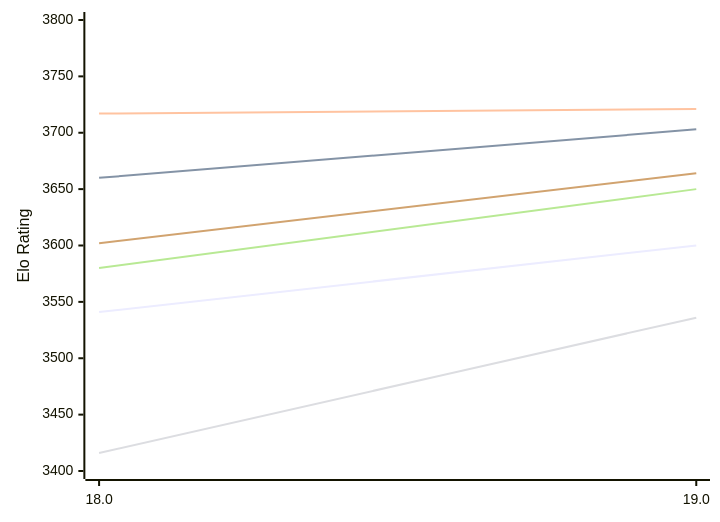
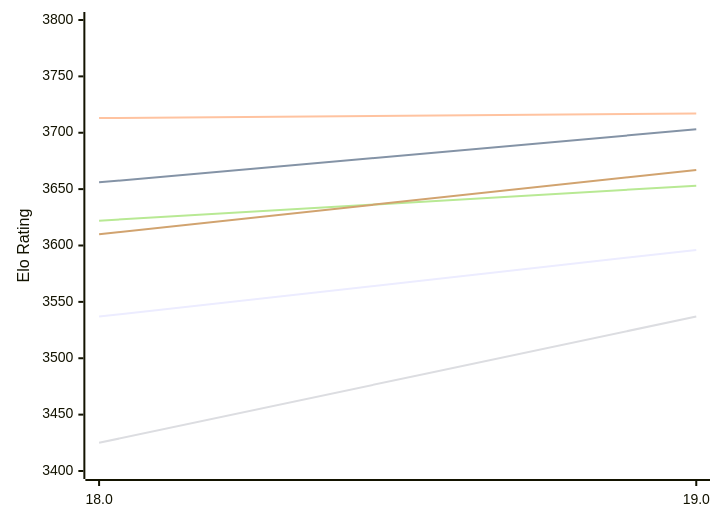
The first of 2 diagrams in engines/Stockfish.md (computer-chess-index/cci), drawn with Mermaid before and after one commit. The commit also changed other lines of this file, not shown here.

Commit message:
Update CCI Ratings (ELO VLTC) - 2026-11-21

````diff
--- a/engines/Stockfish.md
+++ b/engines/Stockfish.md
@@ -64,12 +64,12 @@
 ```mermaid
 %%{init: {"theme":"base","themeVariables":{"seriesColors:['#a3a3a3','#222221','#faa371']}}}%%
 xychart-beta
   x-axis ["18.0", "19.0"]
   y-axis "Elo Rating" 3400 --> 3800
-  line "E1: STC (8.0+0.08s)" [3541, 3600]
-  line "E1: LTC (60.0+0.60s)" [3660, 3703]
-  line "E1: VLTC (2m24s+1.12s)" [3717, 3721]
-  line "P1: STC (8.0+0.08s)" [3416, 3536]
-  line "P1: LTC (60.0+0.60s)" [3580, 3650]
-  line "P1: VLTC (2m24s+1.12s)" [3602, 3664]
+  line "E1: STC (8.0+0.08s)" [3537, 3596]
+  line "E1: LTC (60.0+0.60s)" [3656, 3703]
+  line "E1: VLTC (2m24s+1.12s)" [3713, 3717]
+  line "P1: STC (8.0+0.08s)" [3425, 3537]
+  line "P1: LTC (60.0+0.60s)" [3622, 3653]
+  line "P1: VLTC (2m24s+1.12s)" [3610, 3667]
 ```
````
